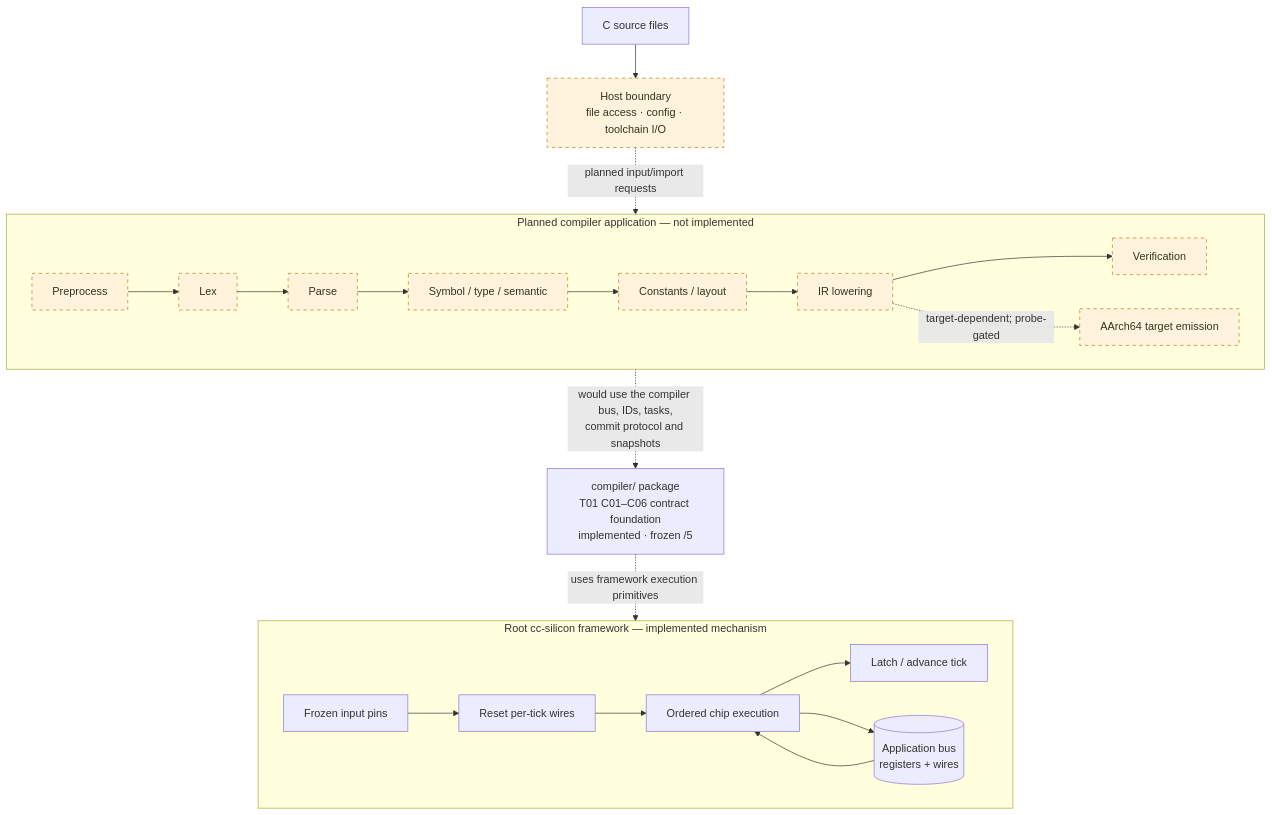
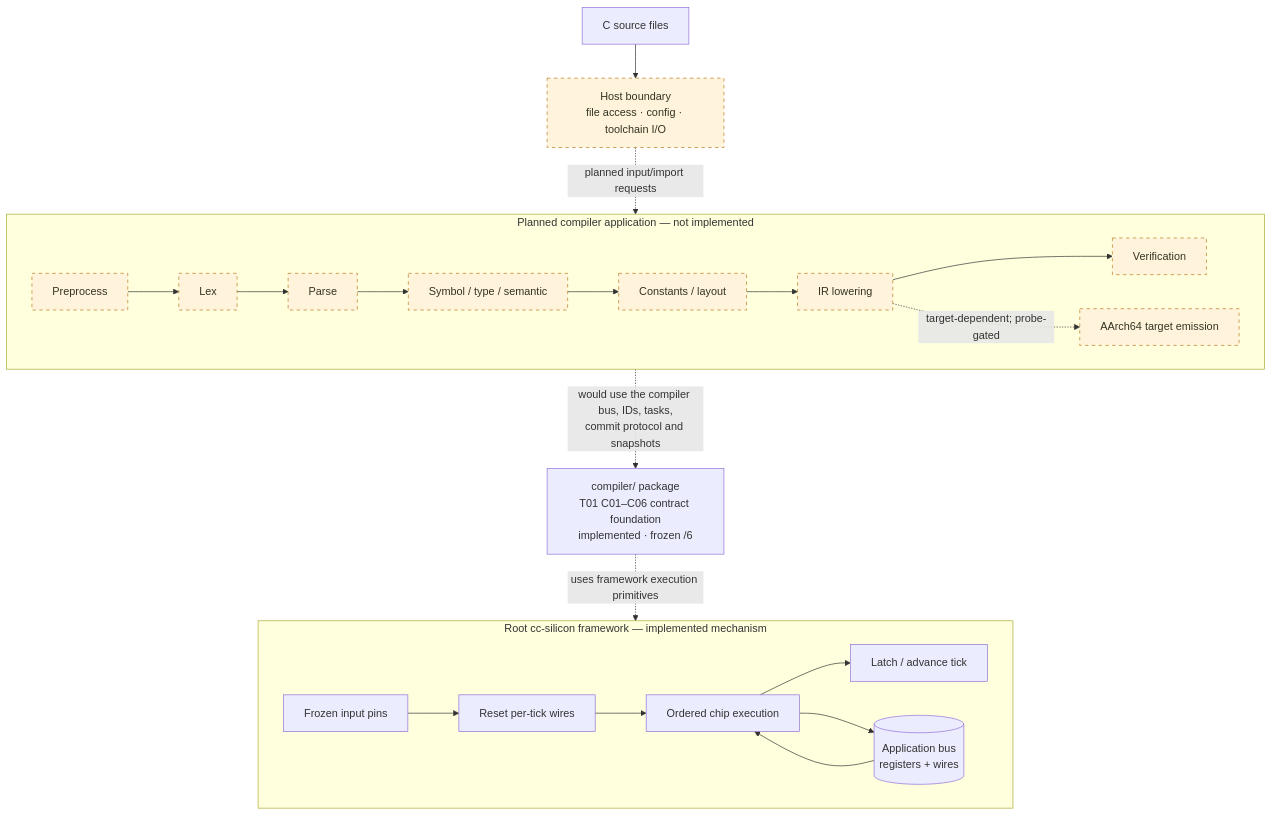
The first of 2 diagrams in README.md (immane/cc-silicon), drawn with Mermaid before and after one commit. The commit also changed other lines of this file and 1 other file, not shown here.

````diff
--- a/README.md
+++ b/README.md
@@ -27,28 +29,28 @@
 ```mermaid
 flowchart TB
     SRC["C source files"] --> HOST["Host boundary<br/>file access · config · toolchain I/O"]
     HOST -. "planned input/import requests" .-> PIPE
 
     subgraph PIPE["Planned compiler application — not implemented"]
         direction LR
         PP["Preprocess"] --> LEX["Lex"] --> PARSE["Parse"] --> SEM["Symbol / type / semantic"]
         SEM --> CONST["Constants / layout"] --> IR["IR lowering"] --> VERIFY["Verification"]
         IR -. "target-dependent; probe-gated" .-> TARGET["AArch64 target emission"]
     end
 
-    FOUNDATION["compiler/ package<br/>T01 C01–C06 contract foundation<br/>implemented · frozen /5"]
+    FOUNDATION["compiler/ package<br/>T01 C01–C06 contract foundation<br/>implemented · frozen /6"]
     PIPE -. "would use the compiler bus, IDs, tasks,<br/>commit protocol and snapshots" .-> FOUNDATION
 
     subgraph RUNTIME["Root cc-silicon framework — implemented mechanism"]
         direction LR
         PINS["Frozen input pins"] --> RESET["Reset per-tick wires"] --> CHIPS["Ordered chip execution"]
         CHIPS --> LATCH["Latch / advance tick"]
         BUS[("Application bus<br/>registers + wires")]
         BUS --> CHIPS
         CHIPS --> BUS
     end
     FOUNDATION -. "uses framework execution primitives" .-> RUNTIME
 
     classDef planned fill:#fff4db,stroke:#b7791f,stroke-dasharray:5 5,color:#332;
     class PP,LEX,PARSE,SEM,CONST,IR,VERIFY,TARGET,HOST planned;
 ```
````
